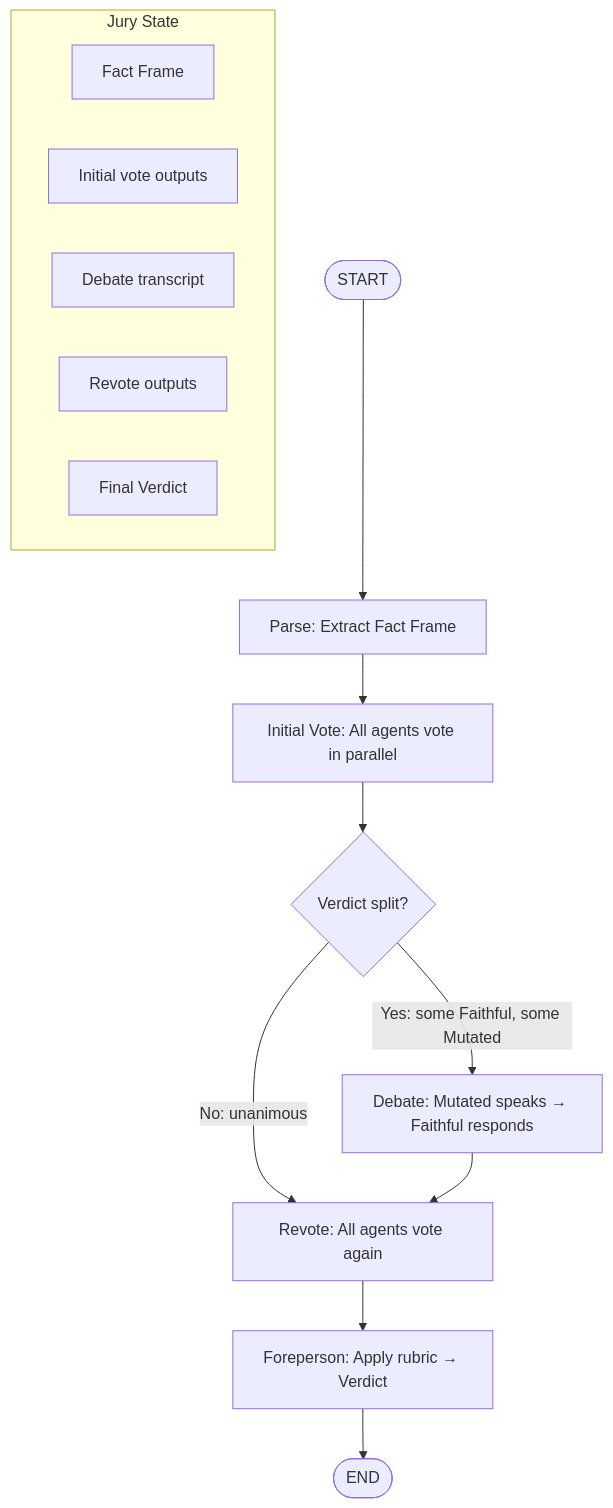
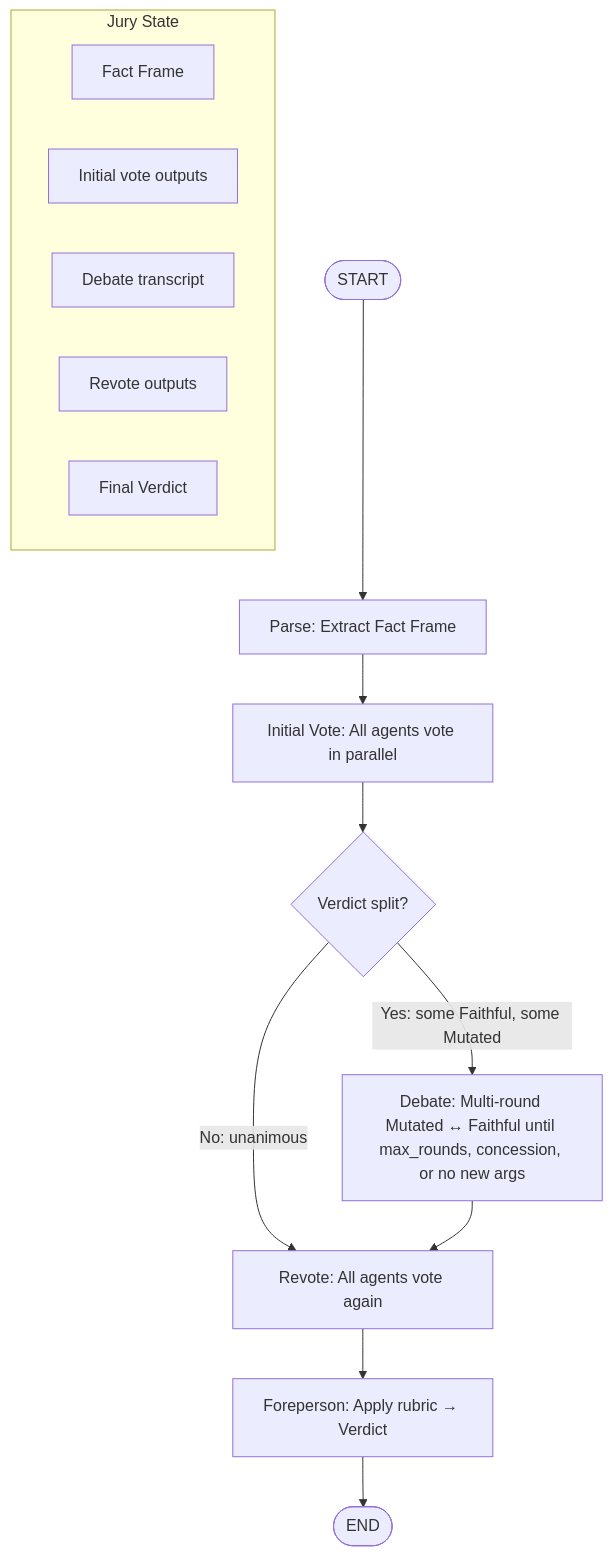
The diagram in README.md (thanostriantafyllou3/hacktrace-nova), drawn with Mermaid before and after one commit. The commit also changed other lines of this file and 9 other files, not shown here.

````diff
--- a/README.md
+++ b/README.md
@@ -118,24 +117,24 @@
 ```mermaid
 flowchart TB
     START([START]) --> Parse
     Parse[Parse: Extract Fact Frame]
     Parse --> InitialVote[Initial Vote: All agents vote in parallel]
 
     InitialVote --> Route{Verdict split?}
 
-    Route -->|Yes: some Faithful, some Mutated| Debate[Debate: Mutated speaks → Faithful responds]
+    Route -->|Yes: some Faithful, some Mutated| Debate[Debate: Multi-round Mutated ↔ Faithful until max_rounds, concession, or no new args]
     Route -->|No: unanimous| Revote
 
     Debate --> Revote[Revote: All agents vote again]
 
     Revote --> Foreperson[Foreperson: Apply rubric → Verdict]
     Foreperson --> END([END])
 
     subgraph Jury [Jury State]
         FactFrame[Fact Frame]
         InitialOutputs[Initial vote outputs]
         Transcript[Debate transcript]
         RevoteOutputs[Revote outputs]
         Verdict[Final Verdict]
     end
 ```
````
